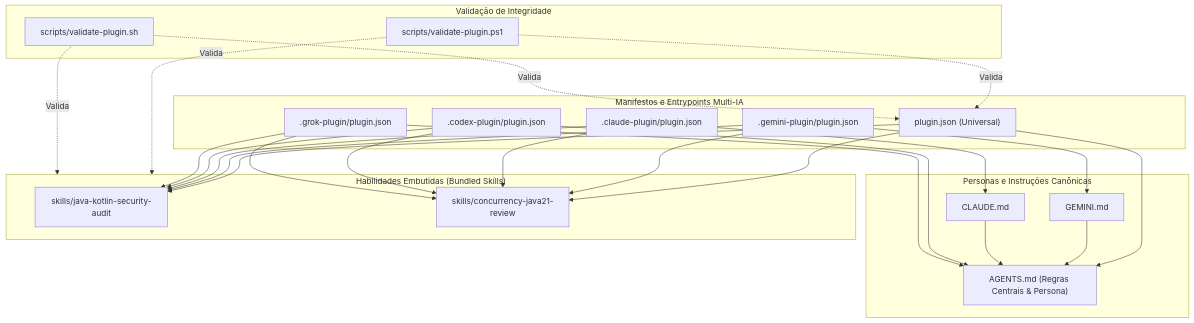
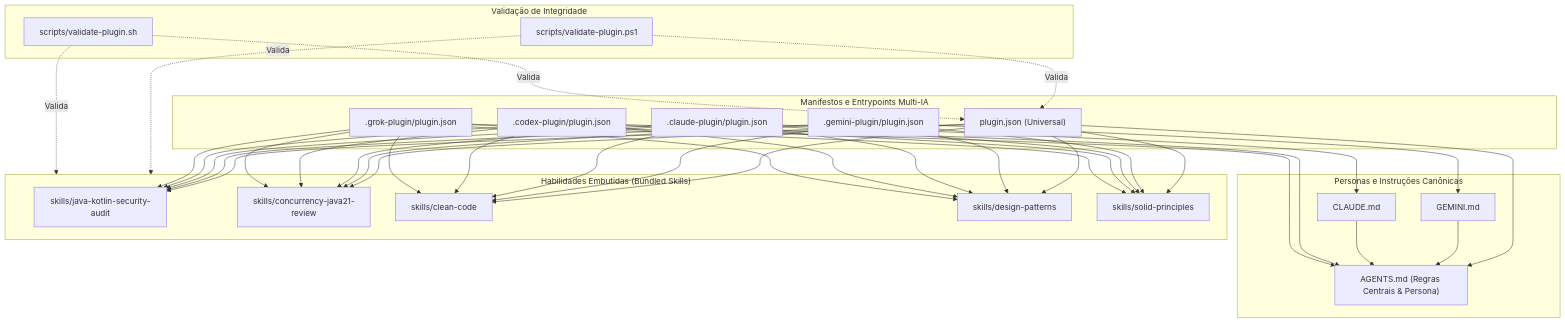
The diagram in README.md (wallanpsantos/pack-skill-agents), drawn with Mermaid before and after one commit. The commit also changed other lines of this file and 17 other files, not shown here.

First line of the commit message:
Feat align clean code patterns solid (#1)

````diff
--- a/README.md
+++ b/README.md
@@ -78,53 +78,71 @@
 ```mermaid
 graph TD
     subgraph Multi_AI_Entrypoints ["Manifestos e Entrypoints Multi-IA"]
         P_UNI["plugin.json (Universal)"]
         P_GEM[".gemini-plugin/plugin.json"]
         P_CLA[".claude-plugin/plugin.json"]
         P_COD[".codex-plugin/plugin.json"]
         P_GRO[".grok-plugin/plugin.json"]
     end
 
     subgraph Instructions ["Personas e Instruções Canônicas"]
         AGENTS["AGENTS.md (Regras Centrais & Persona)"]
         GEM["GEMINI.md"]
         CLA["CLAUDE.md"]
     end
 
     subgraph Core_Skills ["Habilidades Embutidas (Bundled Skills)"]
         SK_SEC["skills/java-kotlin-security-audit"]
         SK_CONC["skills/concurrency-java21-review"]
+        SK_CLEAN["skills/clean-code"]
+        SK_PAT["skills/design-patterns"]
+        SK_SOL["skills/solid-principles"]
     end
 
     subgraph Validation ["Validação de Integridade"]
         VAL_PS1["scripts/validate-plugin.ps1"]
         VAL_SH["scripts/validate-plugin.sh"]
     end
 
     P_UNI --> AGENTS
     P_UNI --> SK_SEC
     P_UNI --> SK_CONC
+    P_UNI --> SK_CLEAN
+    P_UNI --> SK_PAT
+    P_UNI --> SK_SOL
 
     P_GEM --> GEM
     GEM --> AGENTS
     P_GEM --> SK_SEC
     P_GEM --> SK_CONC
+    P_GEM --> SK_CLEAN
+    P_GEM --> SK_PAT
+    P_GEM --> SK_SOL
 
     P_CLA --> CLA
     CLA --> AGENTS
     P_CLA --> SK_SEC
     P_CLA --> SK_CONC
+    P_CLA --> SK_CLEAN
+    P_CLA --> SK_PAT
+    P_CLA --> SK_SOL
 
     P_COD --> AGENTS
     P_COD --> SK_SEC
     P_COD --> SK_CONC
+    P_COD --> SK_CLEAN
+    P_COD --> SK_PAT
+    P_COD --> SK_SOL
 
     P_GRO --> AGENTS
     P_GRO --> SK_SEC
     P_GRO --> SK_CONC
+    P_GRO --> SK_CLEAN
+    P_GRO --> SK_PAT
+    P_GRO --> SK_SOL
 
     VAL_PS1 -. Valida .-> P_UNI
     VAL_PS1 -. Valida .-> Core_Skills
     VAL_SH -. Valida .-> P_UNI
     VAL_SH -. Valida .-> Core_Skills
 ```
````
